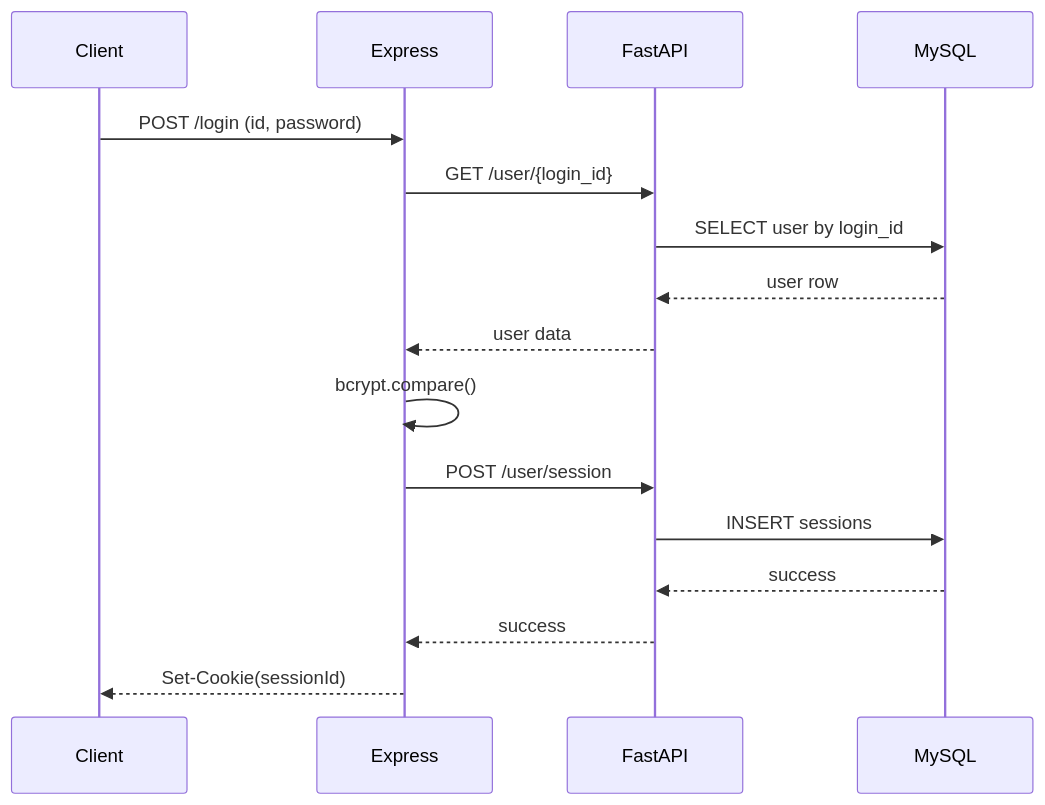
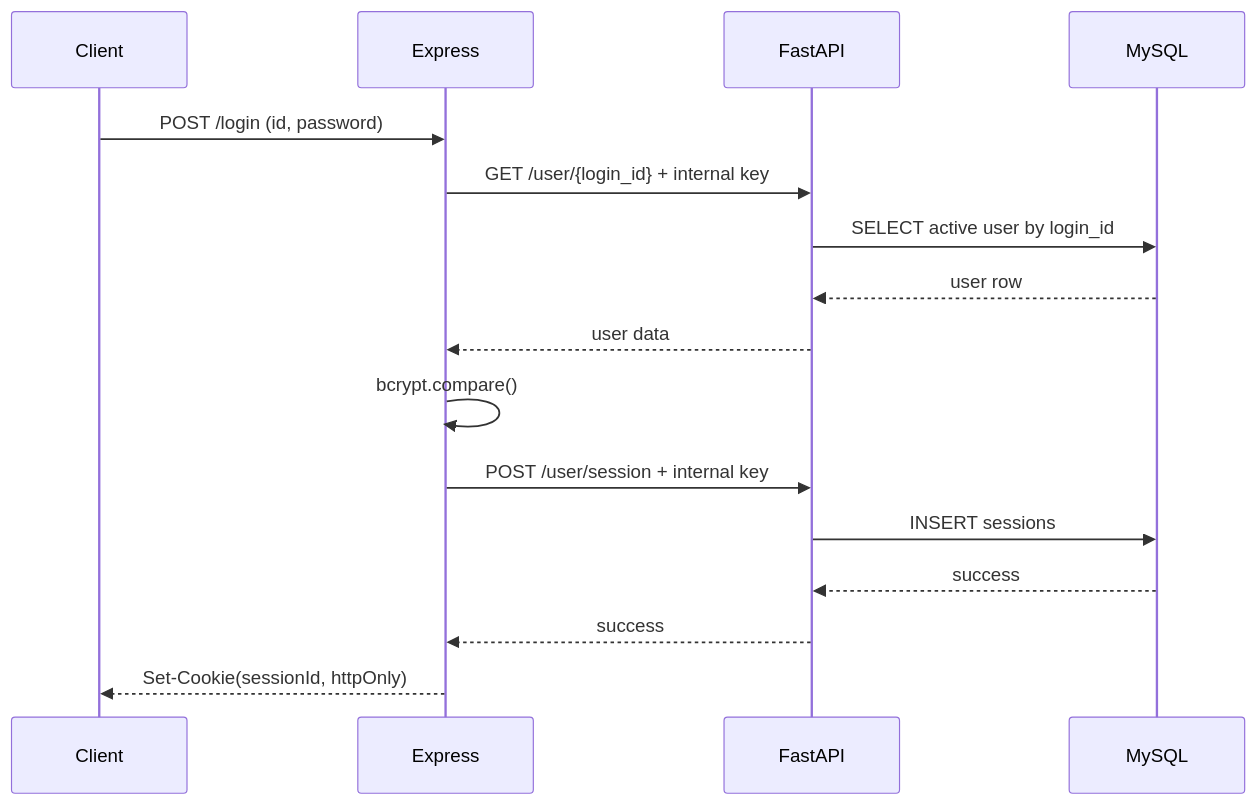
One commit to junseoja/capston changed the fifth of 16 diagrams in docs/architecture-overview.md. Above: the diagram before and after it, drawn with Mermaid. The commit also changed other lines of this file and 20 other files, not shown here.

````diff
--- a/docs/architecture-overview.md
+++ b/docs/architecture-overview.md
@@ -148,19 +247,19 @@
 ```mermaid
 sequenceDiagram
     participant C as Client
     participant E as Express
     participant F as FastAPI
     participant D as MySQL
 
     C->>E: POST /login (id, password)
-    E->>F: GET /user/{login_id}
-    F->>D: SELECT user by login_id
+    E->>F: GET /user/{login_id} + internal key
+    F->>D: SELECT active user by login_id
     D-->>F: user row
     F-->>E: user data
     E->>E: bcrypt.compare()
-    E->>F: POST /user/session
+    E->>F: POST /user/session + internal key
     F->>D: INSERT sessions
     D-->>F: success
     F-->>E: success
-    E-->>C: Set-Cookie(sessionId)
+    E-->>C: Set-Cookie(sessionId, httpOnly)
 ```
````
